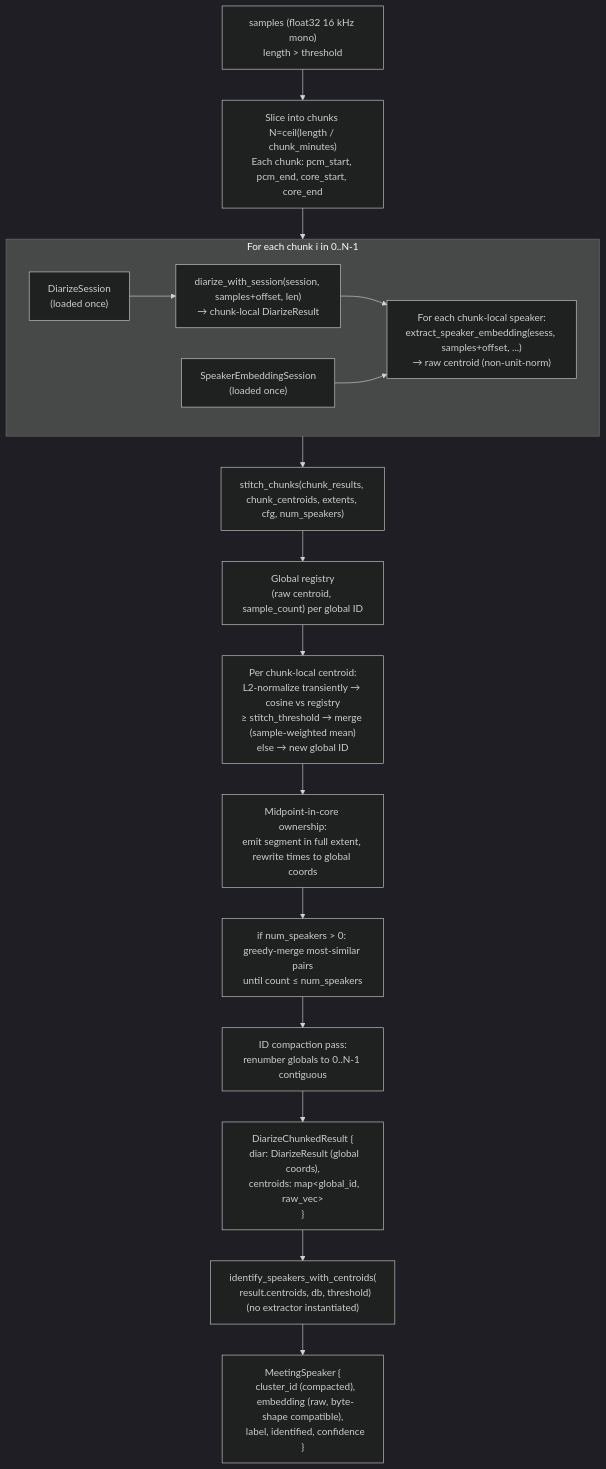
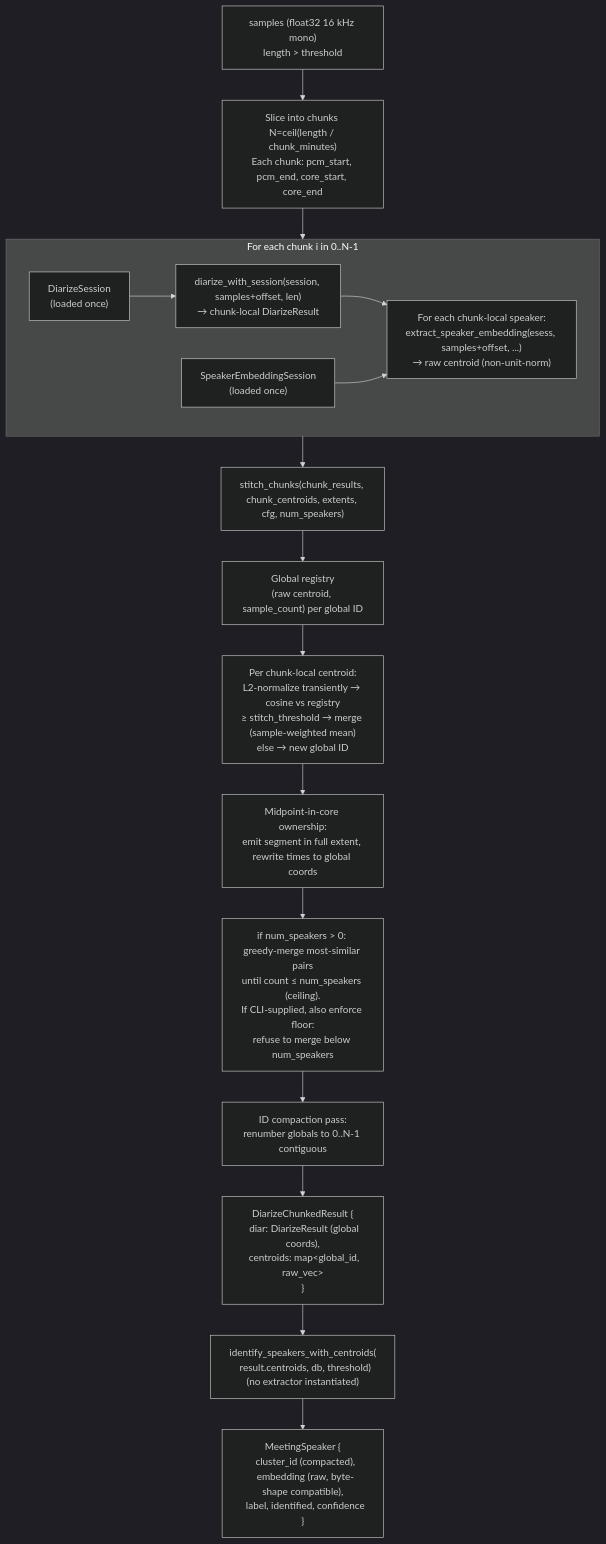
One commit to suykerbuyk/recmeet changed diagram 15 of 32 in docs/COMPONENT-DIAGRAMS.md. Above: the diagram before and after it, drawn with Mermaid (dark theme). The commit also changed other lines of this file and 4 other files, not shown here.

First line of the commit message:
docs: document --num-speakers floor semantics in user + architecture docs

````diff
--- a/docs/COMPONENT-DIAGRAMS.md
+++ b/docs/COMPONENT-DIAGRAMS.md
@@ -798,35 +798,35 @@
 ```mermaid
 flowchart TD
     BUF["samples (float32 16 kHz mono)<br/>length > threshold"]
     SLICE["Slice into chunks N=ceil(length / chunk_minutes)<br/>Each chunk: pcm_start, pcm_end, core_start, core_end"]
 
     subgraph PER_CHUNK["For each chunk i in 0..N-1"]
         DSESS["DiarizeSession<br/>(loaded once)"]
         ESESS["SpeakerEmbeddingSession<br/>(loaded once)"]
         CHUNK_DIAR["diarize_with_session(session, samples+offset, len)<br/>→ chunk-local DiarizeResult"]
         CHUNK_EMB["For each chunk-local speaker:<br/>extract_speaker_embedding(esess, samples+offset, ...)<br/>→ raw centroid (non-unit-norm)"]
 
         DSESS --> CHUNK_DIAR
         CHUNK_DIAR --> CHUNK_EMB
         ESESS --> CHUNK_EMB
     end
 
     STITCH["stitch_chunks(chunk_results, chunk_centroids, extents, cfg, num_speakers)"]
     REG["Global registry<br/>(raw centroid, sample_count) per global ID"]
     MATCH["Per chunk-local centroid:<br/>L2-normalize transiently → cosine vs registry<br/>≥ stitch_threshold → merge (sample-weighted mean)<br/>else → new global ID"]
     OWN["Midpoint-in-core ownership:<br/>emit segment in full extent, rewrite times to global coords"]
-    CAP["if num_speakers > 0: greedy-merge most-similar pairs<br/>until count ≤ num_speakers"]
+    CAP["if num_speakers > 0: greedy-merge most-similar pairs<br/>until count ≤ num_speakers (ceiling).<br/>If CLI-supplied, also enforce floor:<br/>refuse to merge below num_speakers"]
     COMPACT["ID compaction pass:<br/>renumber globals to 0..N-1 contiguous"]
 
     RESULT["DiarizeChunkedResult {<br/>  diar: DiarizeResult (global coords),<br/>  centroids: map&lt;global_id, raw_vec&gt;<br/>}"]
 
     BYPASS["identify_speakers_with_centroids(<br/>  result.centroids, db, threshold)<br/>(no extractor instantiated)"]
 
     MS["MeetingSpeaker {<br/>  cluster_id (compacted),<br/>  embedding (raw, byte-shape compatible),<br/>  label, identified, confidence<br/>}"]
 
     BUF --> SLICE
     SLICE --> PER_CHUNK
     PER_CHUNK --> STITCH
     STITCH --> REG --> MATCH --> OWN --> CAP --> COMPACT --> RESULT
     RESULT --> BYPASS --> MS
 ```
````
